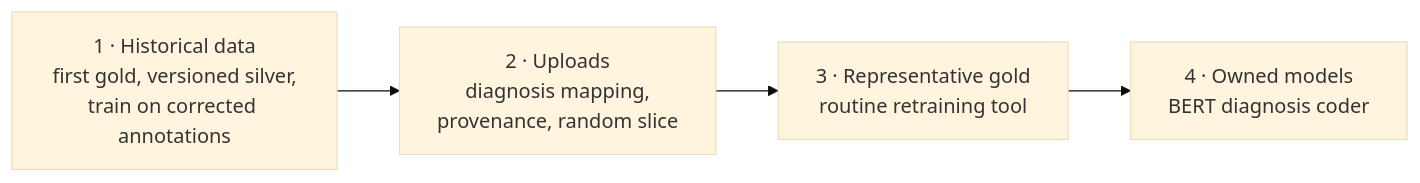
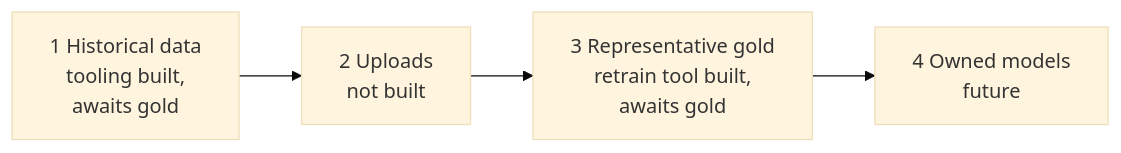
The sixth of 6 diagrams in ml/documentation/concepts/icd-mapping-strategy.md (YugrajD/UC-Davis-VMTH-Cancer-Registry), drawn with Mermaid (base theme) before and after one commit. The commit also changed other lines of this file and 96 other files, not shown here.

Commit message:
Reorganize ML docs into concepts/how-to/reference/history with Mermaid diagrams, experiment records and a docs checker test

````diff
--- a/ml/documentation/concepts/icd-mapping-strategy.md
+++ b/ml/documentation/concepts/icd-mapping-strategy.md
@@ -284,8 +223,8 @@
 ```mermaid
 flowchart LR
-    P1["1 · Historical data<br/>first gold, versioned silver,<br/>train on corrected annotations"]
-    P2["2 · Uploads<br/>diagnosis mapping,<br/>provenance, random slice"]
-    P3["3 · Representative gold<br/>routine retraining tool"]
-    P4["4 · Owned models<br/>BERT diagnosis coder"]
-    P1 --> P2 --> P3 --> P4
+    p1["1 Historical data<br>tooling built,<br>awaits gold"]
+    p2["2 Uploads<br>not built"]
+    p3["3 Representative gold<br>retrain tool built,<br>awaits gold"]
+    p4["4 Owned models<br>future"]
+    p1 --> p2 --> p3 --> p4
 ```
````
